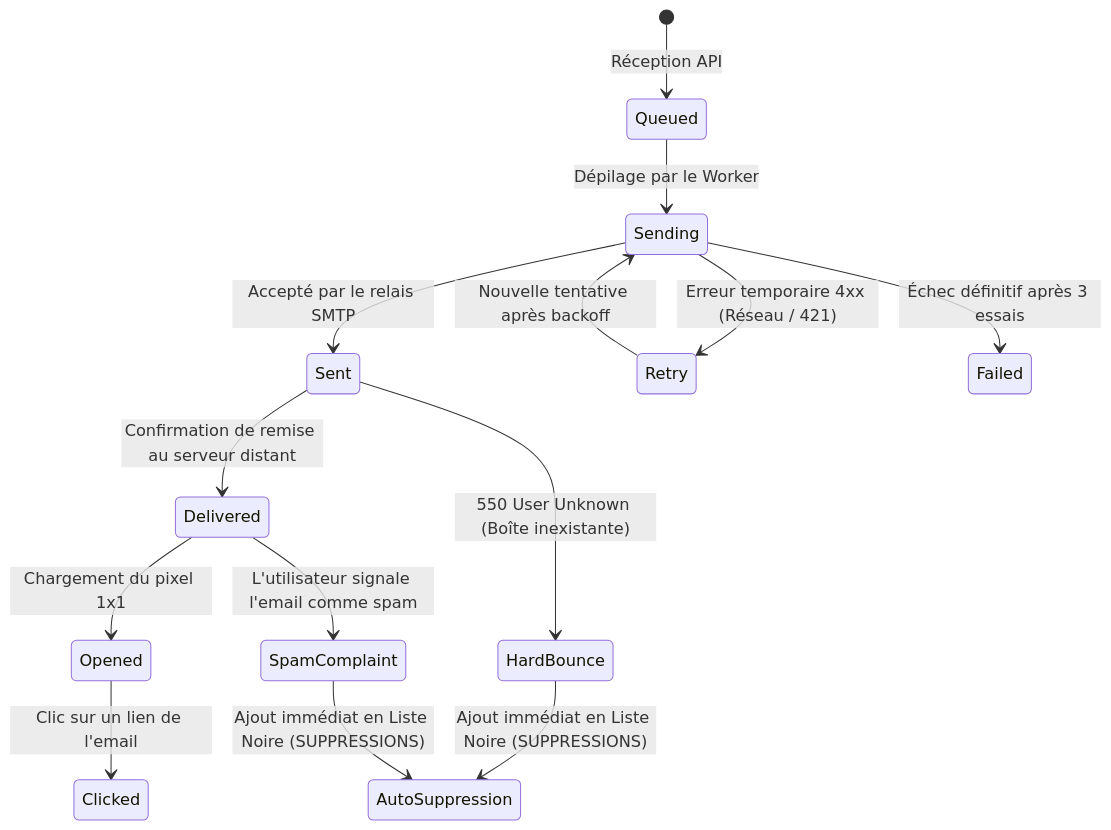
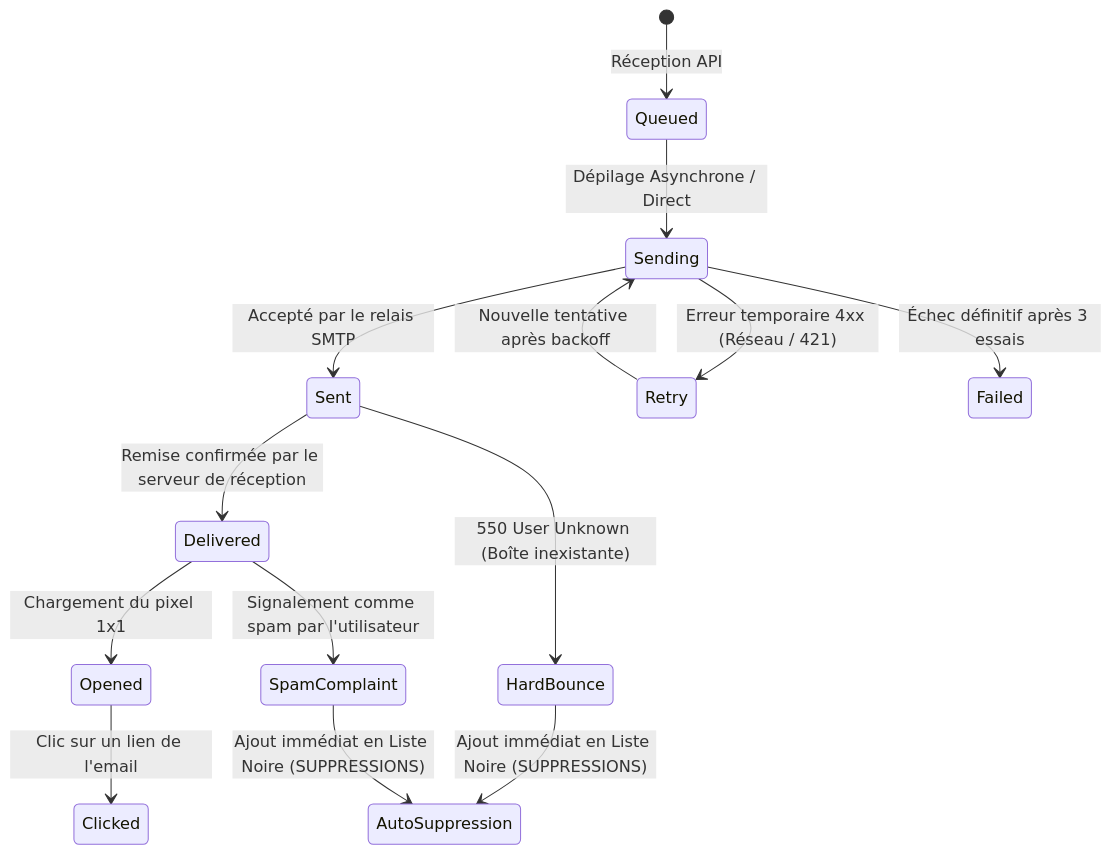
Before and after one commit to bennyibm/tuma-cloud: the third of 3 diagrams in docs/03-sending-pipeline-and-queue-architecture.md, drawn with Mermaid. The commit also changed other lines of this file and 8 other files, not shown here.

Commit message:
docs: enrich documentation with live architecture, auth flows, DKIM specs and developer guide

````diff
--- a/docs/03-sending-pipeline-and-queue-architecture.md
+++ b/docs/03-sending-pipeline-and-queue-architecture.md
@@ -136,19 +148,19 @@
 ```mermaid
 stateDiagram-v2
     [*] --> Queued : Réception API
-    Queued --> Sending : Dépilage par le Worker
+    Queued --> Sending : Dépilage Asynchrone / Direct
     Sending --> Sent : Accepté par le relais SMTP
     Sending --> Retry : Erreur temporaire 4xx (Réseau / 421)
     Retry --> Sending : Nouvelle tentative après backoff
     Sending --> Failed : Échec définitif après 3 essais
 
-    Sent --> Delivered : Confirmation de remise au serveur distant
+    Sent --> Delivered : Remise confirmée par le serveur de réception
     Delivered --> Opened : Chargement du pixel 1x1
     Opened --> Clicked : Clic sur un lien de l'email
 
     Sent --> HardBounce : 550 User Unknown (Boîte inexistante)
-    Delivered --> SpamComplaint : L'utilisateur signale l'email comme spam
+    Delivered --> SpamComplaint : Signalement comme spam par l'utilisateur
 
     HardBounce --> AutoSuppression : Ajout immédiat en Liste Noire (SUPPRESSIONS)
     SpamComplaint --> AutoSuppression : Ajout immédiat en Liste Noire (SUPPRESSIONS)
 ```
````
